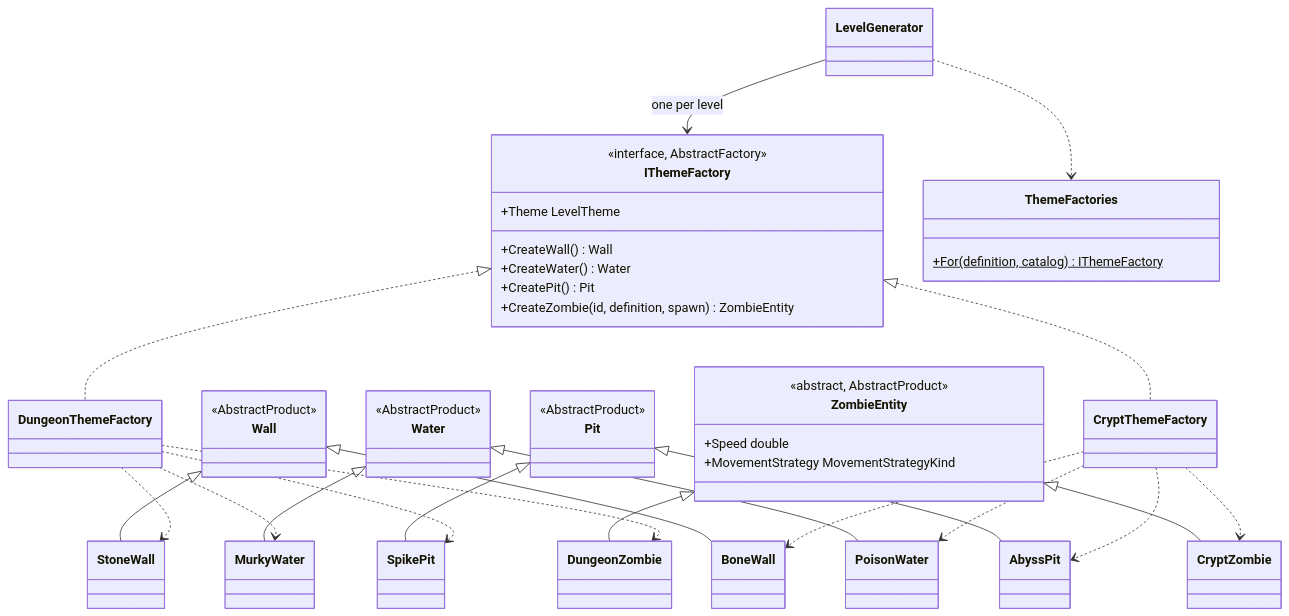
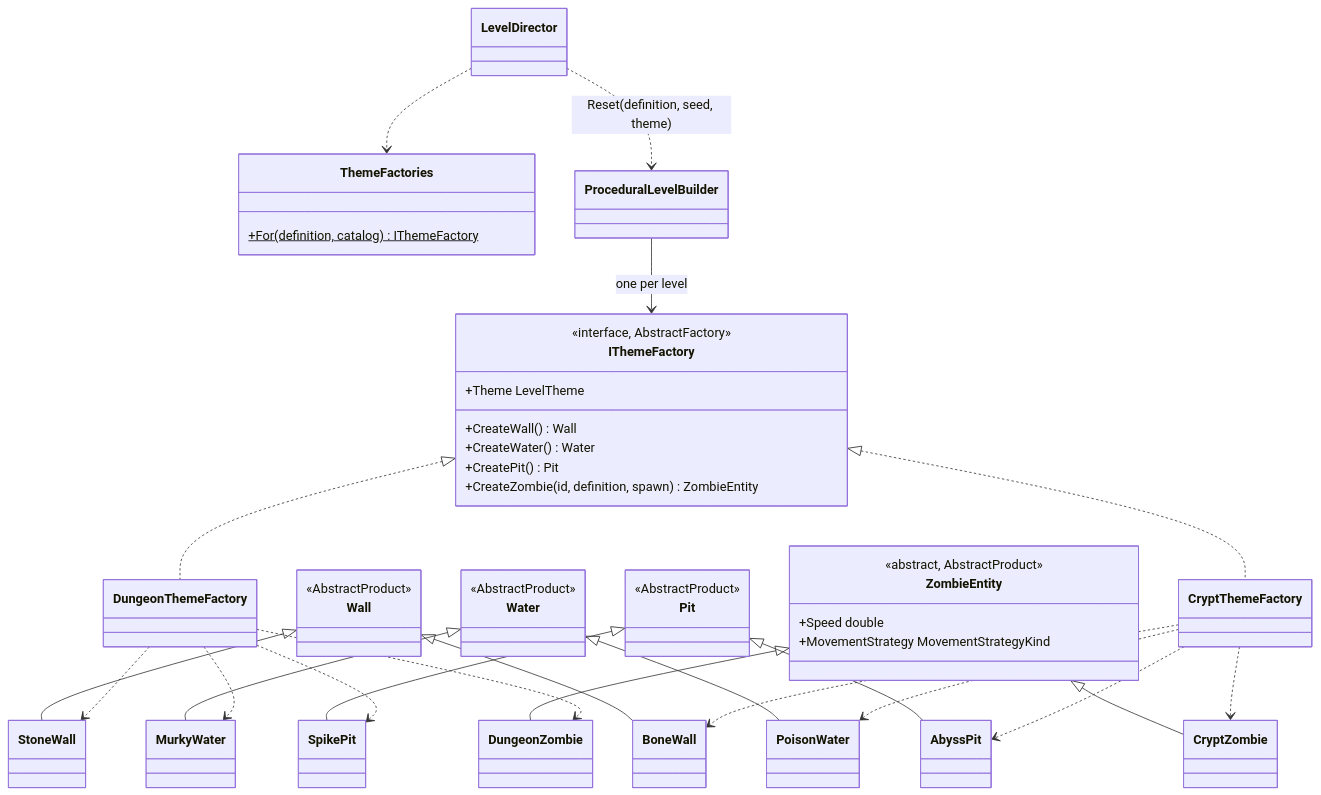
One commit to YoBoyJonas/OPP changed the second of 2 diagrams in docs/patterns/AbstractFactory.md. Above: the diagram before and after it, drawn with Mermaid. The commit also changed other lines of this file and 19 other files, not shown here.

First line of the commit message:
feat(patterns): apply Builder to level construction

````diff
--- a/docs/patterns/AbstractFactory.md
+++ b/docs/patterns/AbstractFactory.md
@@ -71,48 +71,50 @@
 ```mermaid
 classDiagram
     class IThemeFactory {
         <<interface, AbstractFactory>>
         +Theme LevelTheme
         +CreateWall() Wall
         +CreateWater() Water
         +CreatePit() Pit
         +CreateZombie(id, definition, spawn) ZombieEntity
     }
     class DungeonThemeFactory
     class CryptThemeFactory
     IThemeFactory <|.. DungeonThemeFactory
     IThemeFactory <|.. CryptThemeFactory
 
     class Wall { <<AbstractProduct>> }
     class Water { <<AbstractProduct>> }
     class Pit { <<AbstractProduct>> }
     class ZombieEntity {
         <<abstract, AbstractProduct>>
         +Speed double
         +MovementStrategy MovementStrategyKind
     }
     Wall <|-- StoneWall
     Wall <|-- BoneWall
     Water <|-- MurkyWater
     Water <|-- PoisonWater
     Pit <|-- SpikePit
     Pit <|-- AbyssPit
     ZombieEntity <|-- DungeonZombie
     ZombieEntity <|-- CryptZombie
 
     DungeonThemeFactory ..> StoneWall
     DungeonThemeFactory ..> MurkyWater
     DungeonThemeFactory ..> SpikePit
     DungeonThemeFactory ..> DungeonZombie
     CryptThemeFactory ..> BoneWall
     CryptThemeFactory ..> PoisonWater
     CryptThemeFactory ..> AbyssPit
     CryptThemeFactory ..> CryptZombie
 
     class ThemeFactories {
         +For(definition, catalog) IThemeFactory$
     }
-    class LevelGenerator
-    LevelGenerator ..> ThemeFactories
-    LevelGenerator --> IThemeFactory : one per level
+    class LevelDirector
+    class ProceduralLevelBuilder
+    LevelDirector ..> ThemeFactories
+    LevelDirector ..> ProceduralLevelBuilder : Reset(definition, seed, theme)
+    ProceduralLevelBuilder --> IThemeFactory : one per level
 ```
````
